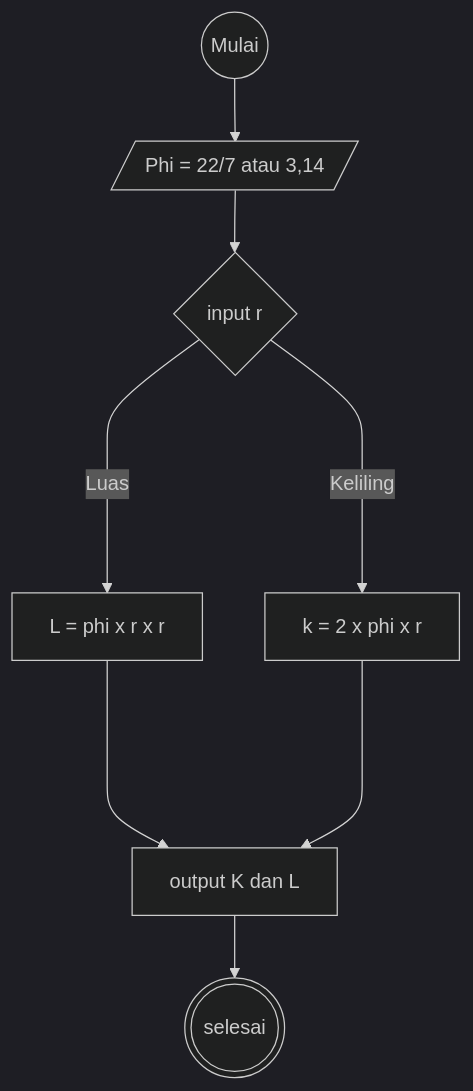
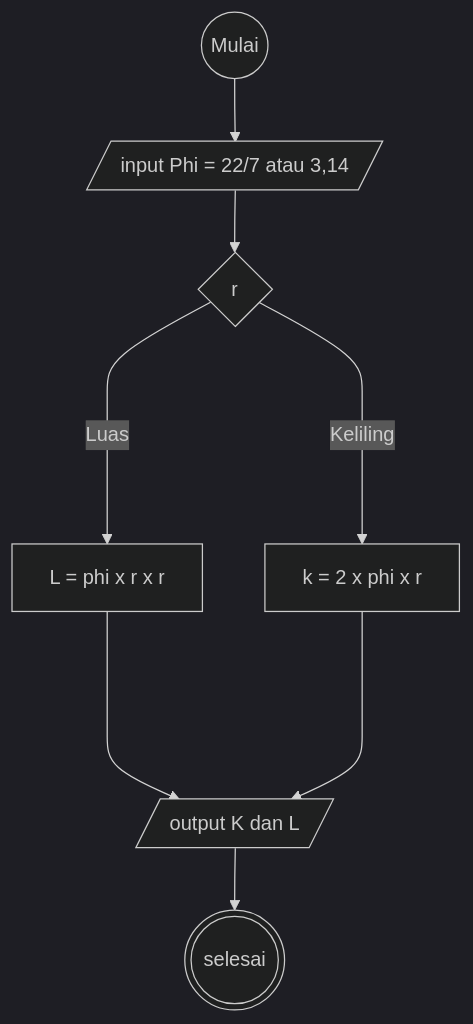
The diagram in Algoritma_menghitung_luas_dan_keliling_lingkaran.md (Antofebriann/fgo24-Algoritma), drawn with Mermaid (dark theme) before and after one commit. The commit also changed other lines of this file and 1 other file, not shown here.

````diff
--- a/Algoritma_menghitung_luas_dan_keliling_lingkaran.md
+++ b/Algoritma_menghitung_luas_dan_keliling_lingkaran.md
@@ -19,19 +19,19 @@
 ```mermaid
 flowchart TD
     a@{shape: circle, label: "Mulai"}
-    b@{shape: lean-r, label: "Phi = 22/7 atau 3,14"}
-    c{input r }
+    b@{shape: lean-r, label: "input Phi = 22/7 atau 3,14"}
+    c{ r }
     d[k = 2 x phi x r]
     e[L = phi x r x r]
-    f[output K dan L]
+    f[/output K dan L/]
     x@{shape: dbl-circ, label: "selesai"}
 
     a --> b
     b --> c
     c ---->|Keliling| d
     c ---->|Luas| e
     e ----> f
     d ----> f
     f --> x
 
 ``` 
````
